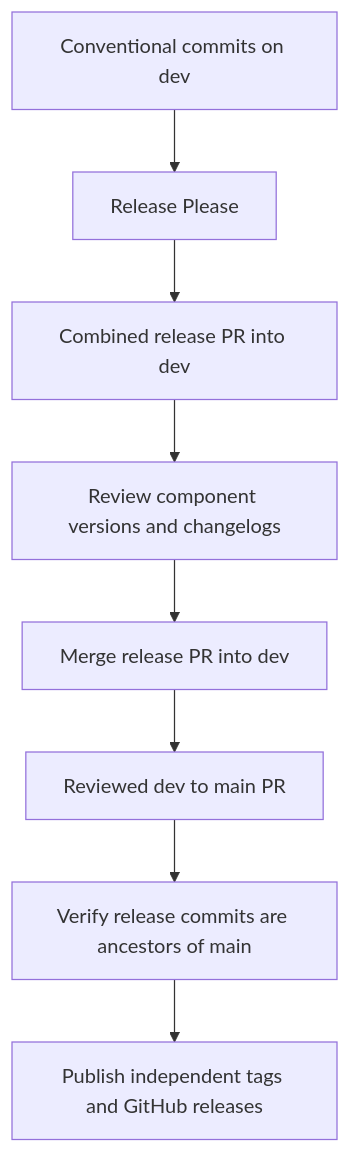
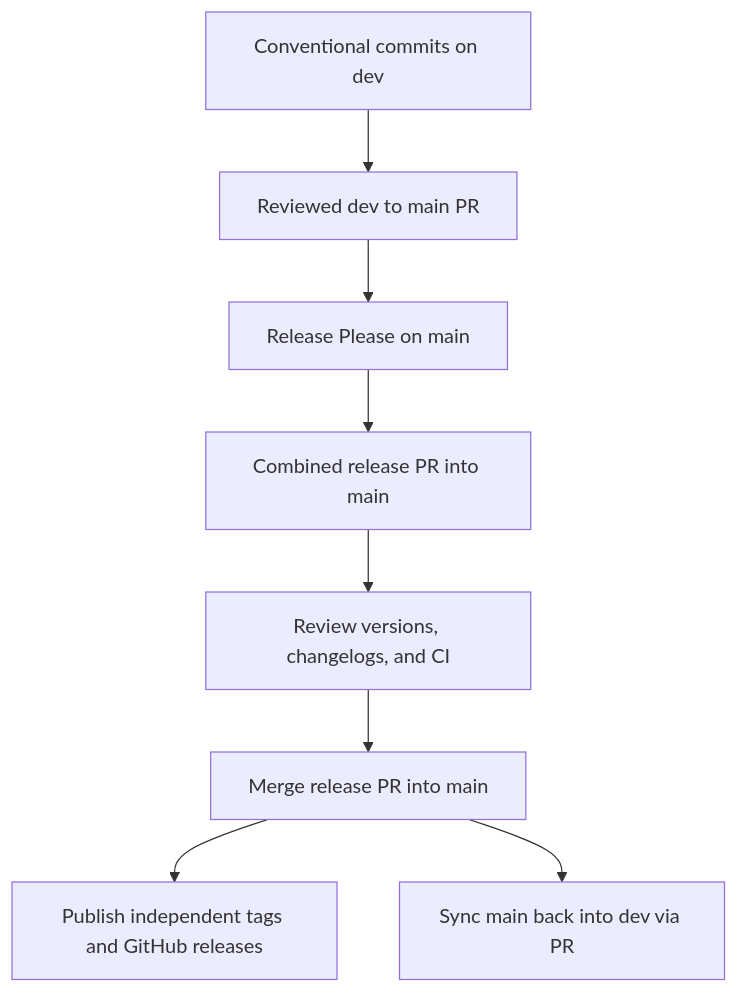
Before and after one commit to CIT-U-Computer-Students-Society/IPES: the diagram in docs/RELEASING.md, drawn with Mermaid. The commit also changed other lines of this file and 3 other files, not shown here.

Commit message:
docs(release): describe direct release pull requests into main

````diff
--- a/docs/RELEASING.md
+++ b/docs/RELEASING.md
@@ -40,10 +40,10 @@
 ```mermaid
 flowchart TD
-  Changes[Conventional commits on dev] --> RP[Release Please]
-  RP --> Combined[Combined release PR into dev]
-  Combined --> Review[Review component versions and changelogs]
-  Review --> Dev[Merge release PR into dev]
-  Dev --> Promote[Reviewed dev to main PR]
-  Promote --> Check[Verify release commits are ancestors of main]
-  Check --> Publish[Publish independent tags and GitHub releases]
+  Changes[Conventional commits on dev] --> Promote[Reviewed dev to main PR]
+  Promote --> RP[Release Please on main]
+  RP --> Combined[Combined release PR into main]
+  Combined --> Review[Review versions, changelogs, and CI]
+  Review --> Merge[Merge release PR into main]
+  Merge --> Publish[Publish independent tags and GitHub releases]
+  Merge --> Sync[Sync main back into dev via PR]
 ```
````
